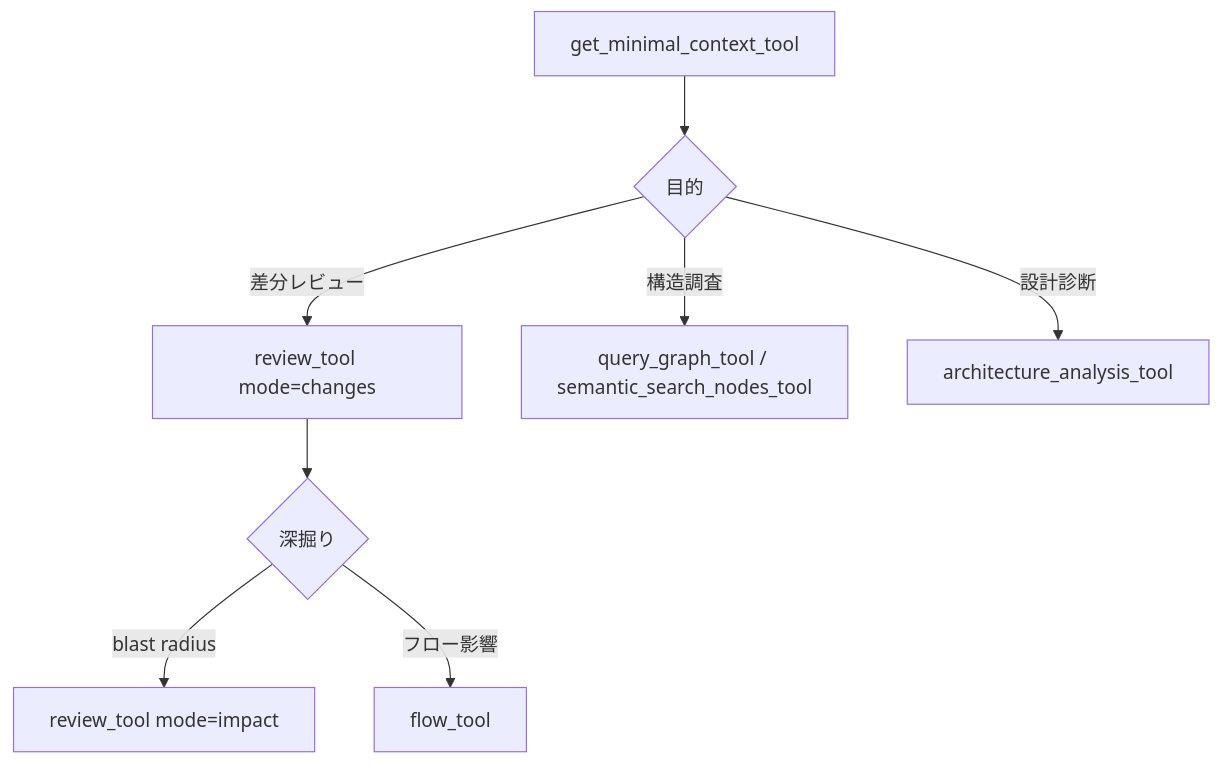
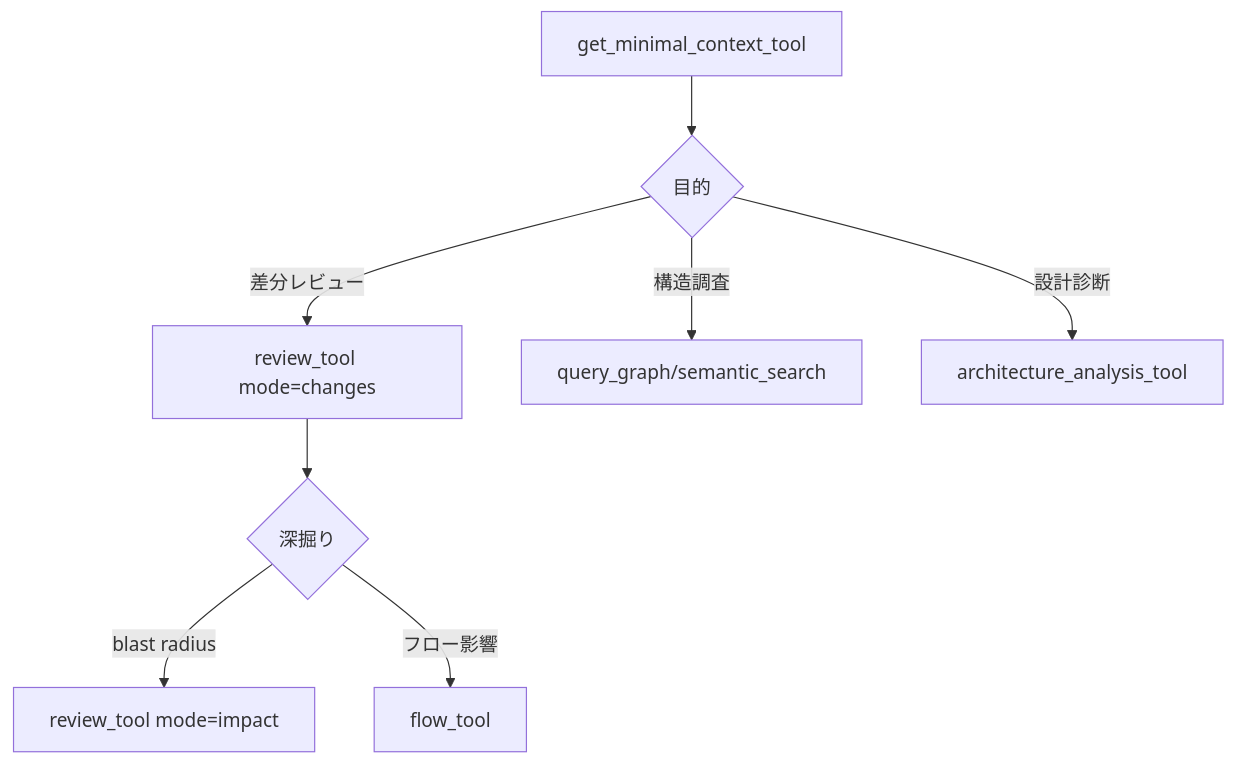
One commit to manji-0/blog changed the diagram in src/content/docs/projects/dagayn/mcp-tools.md. Above: the diagram before and after it, drawn with Mermaid. The commit also changed other lines of this file and 137 other files, not shown here.

````diff
--- a/src/content/docs/projects/dagayn/mcp-tools.md
+++ b/src/content/docs/projects/dagayn/mcp-tools.md
@@ -99,10 +103,10 @@
 ```mermaid
 flowchart TD
   A[get_minimal_context_tool] --> B{目的}
   B -->|差分レビュー| C[review_tool mode=changes]
-  B -->|構造調査| D[query_graph_tool / semantic_search_nodes_tool]
+  B -->|構造調査| D[query_graph/semantic_search]
   B -->|設計診断| E[architecture_analysis_tool]
   C --> F{深掘り}
   F -->|blast radius| G[review_tool mode=impact]
   F -->|フロー影響| H[flow_tool]
 ```
````
